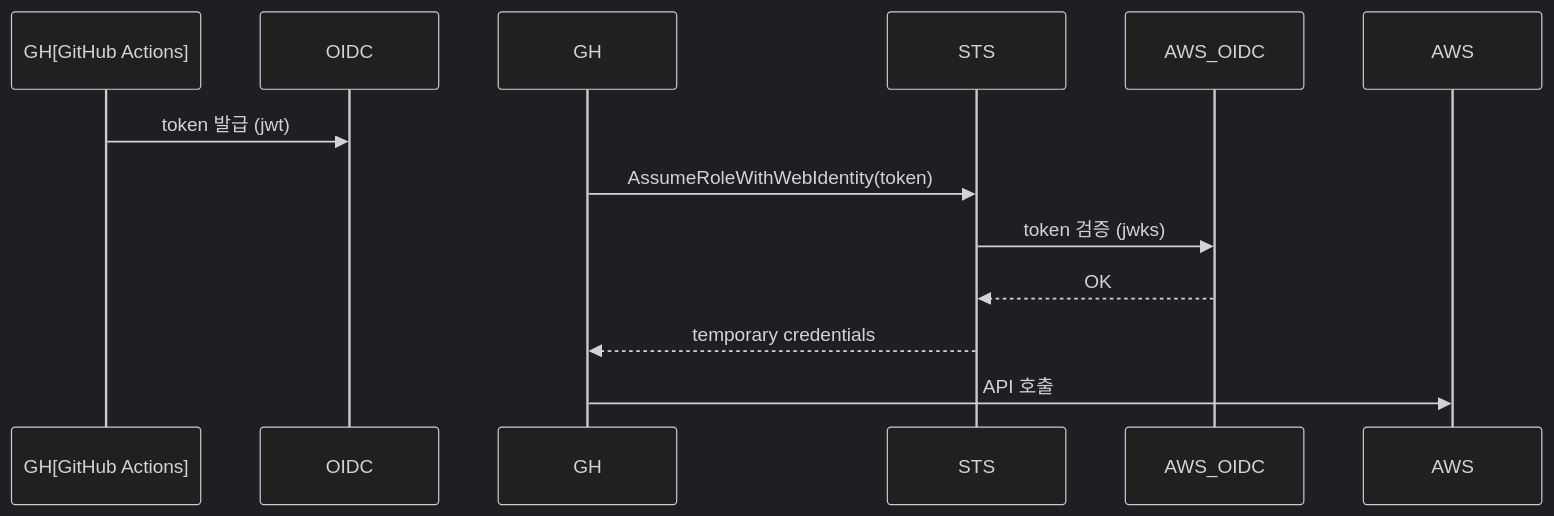
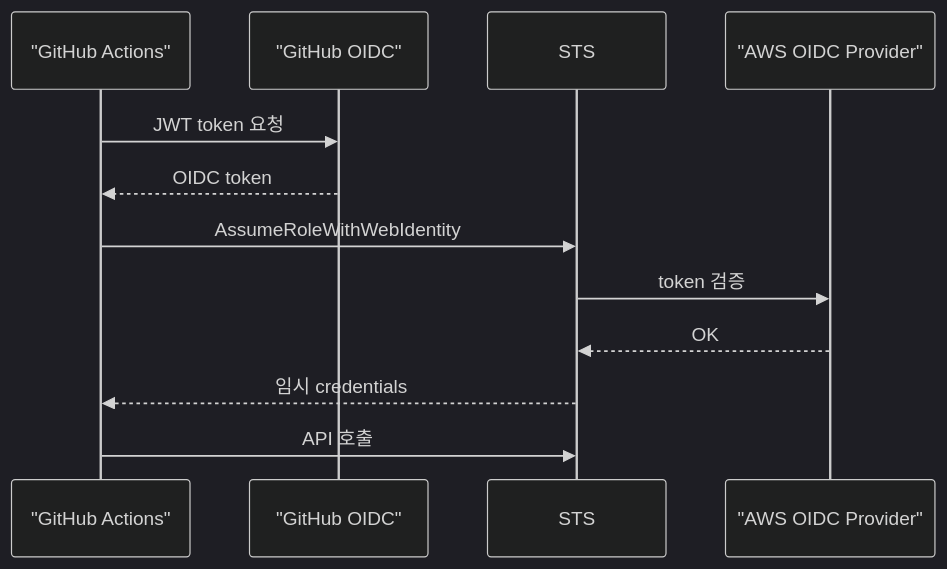
Before and after one commit to shinkeonkim/shinkeonkim.github.io: the third of 5 diagrams in src/content/wiki/cloud/aws-sts-assume-role.mdx, drawn with Mermaid (dark theme). The commit also changed other lines of this file and 526 other files, not shown here.

First line of the commit message:
content(wiki): 전수조사 및 대규모 보강 (짧은 파일 0, mermaid +645)

````diff
--- a/src/content/wiki/cloud/aws-sts-assume-role.mdx
+++ b/src/content/wiki/cloud/aws-sts-assume-role.mdx
@@ -87,9 +109,15 @@
 ```mermaid
 sequenceDiagram
-    GH[GitHub Actions] ->>OIDC: token 발급 (jwt)
-    GH->>STS: AssumeRoleWithWebIdentity(token)
-    STS->>AWS_OIDC: token 검증 (jwks)
-    AWS_OIDC-->>STS: OK
-    STS-->>GH: temporary credentials
-    GH->>AWS: API 호출
+    participant GH as "GitHub Actions"
+    participant OIDC as "GitHub OIDC"
+    participant STS
+    participant AWSOIDC as "AWS OIDC Provider"
+
+    GH->>OIDC: JWT token 요청
+    OIDC-->>GH: OIDC token
+    GH->>STS: AssumeRoleWithWebIdentity
+    STS->>AWSOIDC: token 검증
+    AWSOIDC-->>STS: OK
+    STS-->>GH: 임시 credentials
+    GH->>STS: API 호출
 ```
````
